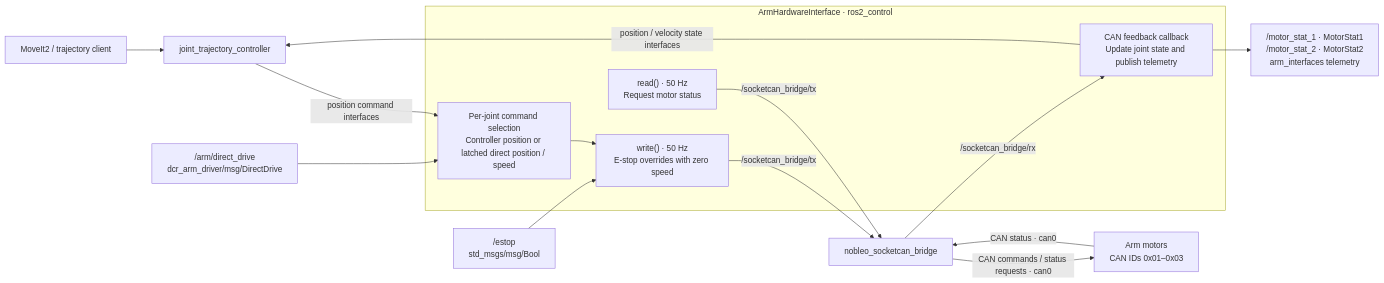
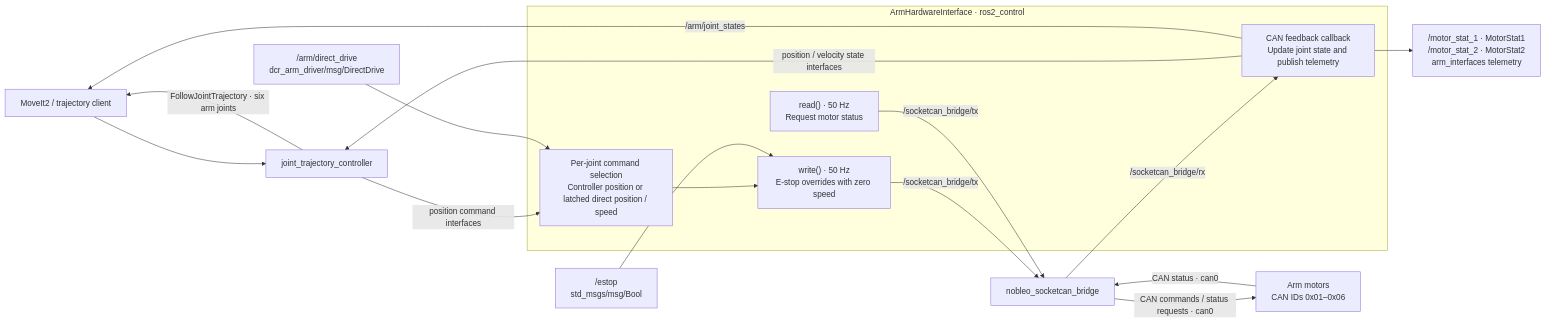
Before and after one commit to deakin-robotics/Chasmata-2027: the diagram in rover/control/arm/rover_ws/src/dcr_arm_driver/README.md, drawn with Mermaid. The commit also changed other lines of this file and 4 other files, not shown here.

Commit message:
Add 3 more joint to the arm dirver, eliminate the need for an additional ee driver package.

````diff
--- a/rover/control/arm/rover_ws/src/dcr_arm_driver/README.md
+++ b/rover/control/arm/rover_ws/src/dcr_arm_driver/README.md
@@ -14,25 +14,27 @@
 ```mermaid
 flowchart LR
     moveit[MoveIt2 / trajectory client] --> controller[joint_trajectory_controller]
     direct["/arm/direct_drive<br/>dcr_arm_driver/msg/DirectDrive"]
     estop["/estop<br/>std_msgs/msg/Bool"]
 
     subgraph hardware[ArmHardwareInterface · ros2_control]
         commands["Per-joint command selection<br/>Controller position or latched direct position / speed"]
         write["write() · 50 Hz<br/>E-stop overrides with zero speed"]
         read["read() · 50 Hz<br/>Request motor status"]
         feedback["CAN feedback callback<br/>Update joint state and publish telemetry"]
         commands --> write
     end
 
     controller -->|position command interfaces| commands
     direct --> commands
     estop --> write
     write -->|/socketcan_bridge/tx| bridge[nobleo_socketcan_bridge]
     read -->|/socketcan_bridge/tx| bridge
-    bridge -->|CAN commands / status requests · can0| motors["Arm motors<br/>CAN IDs 0x01–0x03"]
+    bridge -->|CAN commands / status requests · can0| motors["Arm motors<br/>CAN IDs 0x01–0x06"]
     motors -->|CAN status · can0| bridge
     bridge -->|/socketcan_bridge/rx| feedback
     feedback -->|position / velocity state interfaces| controller
+    controller -->|FollowJointTrajectory · six arm joints| moveit
+    feedback -->|/arm/joint_states| moveit
     feedback --> telemetry["/motor_stat_1 · MotorStat1<br/>/motor_stat_2 · MotorStat2<br/>arm_interfaces telemetry"]
 ```
````
